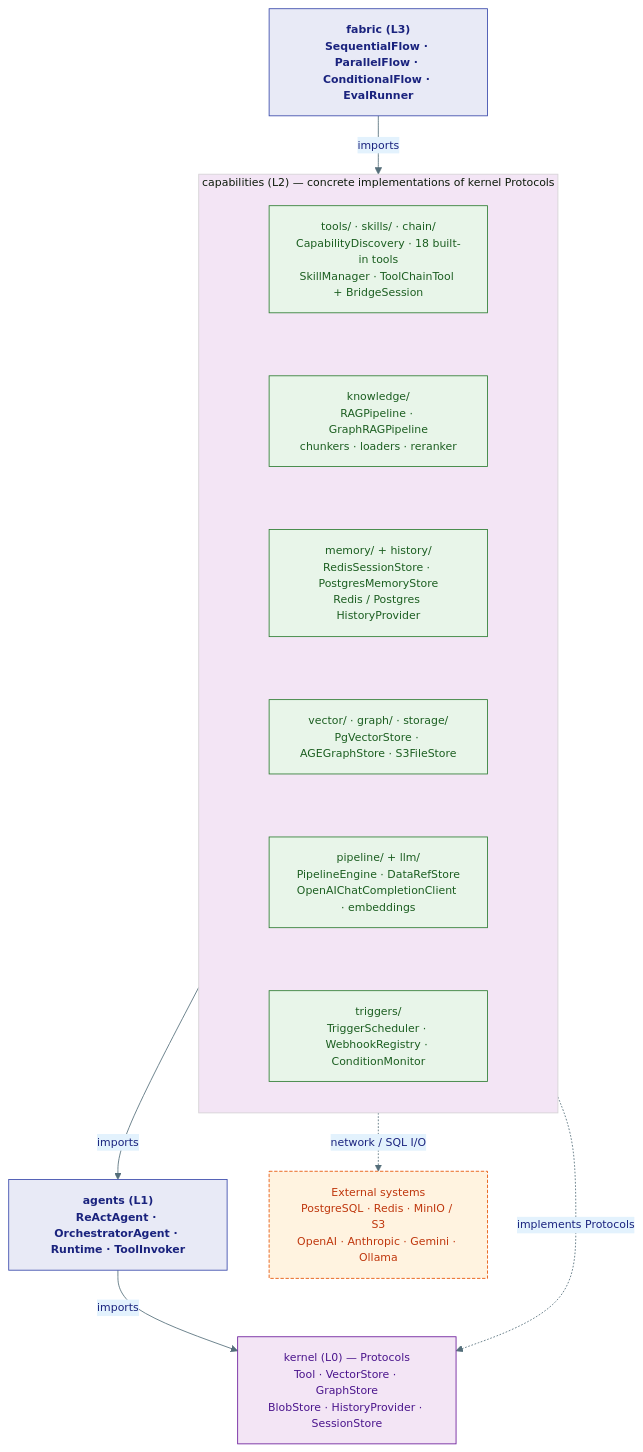
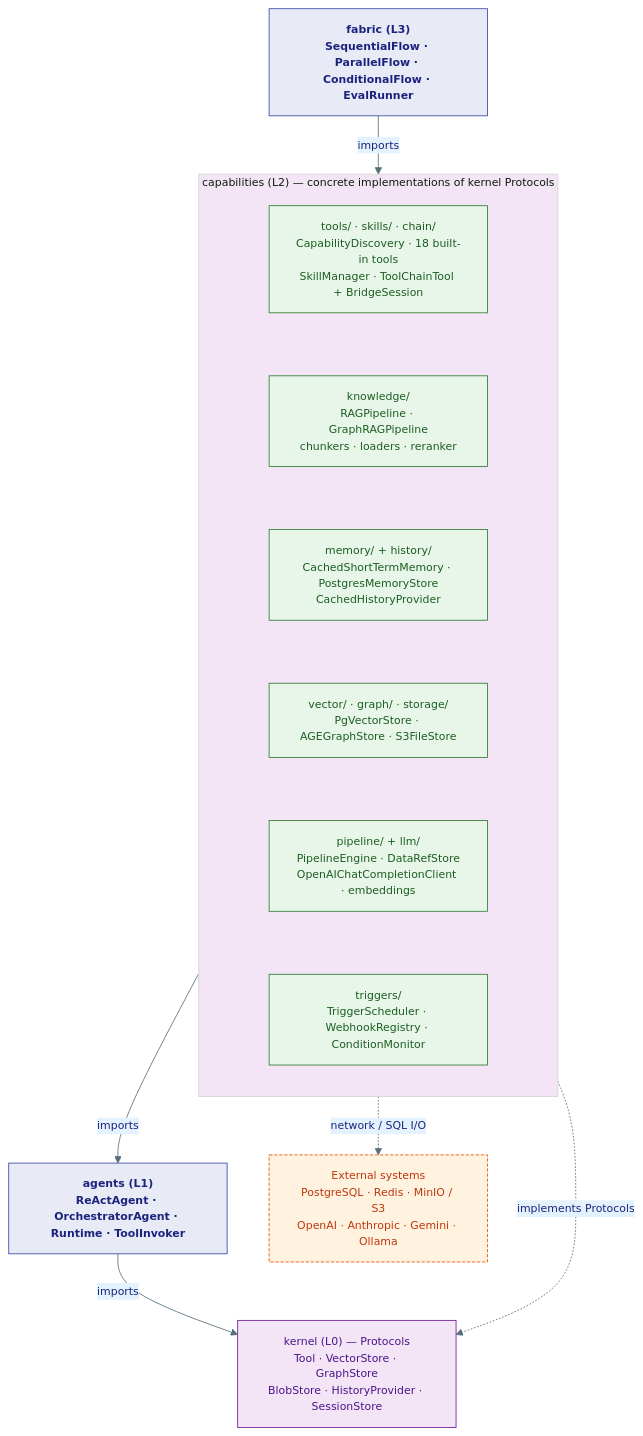
Before and after one commit to Ravikumarchavva/agent-substrate: the diagram in agents/agent-substrate/docs/capabilities/index.md, drawn with Mermaid. The commit also changed other lines of this file, not shown here.

Commit message:
fix: update memory and history sub-packages to include CachedShortTermMemory and CachedHistoryProvider

````diff
--- a/agents/agent-substrate/docs/capabilities/index.md
+++ b/agents/agent-substrate/docs/capabilities/index.md
@@ -23,31 +26,31 @@
 ```mermaid
 %%{init: {'theme': 'base', 'themeVariables': {'primaryColor': '#E8EAF6','primaryTextColor': '#1A237E','primaryBorderColor': '#3949AB','lineColor': '#546E7A','secondaryColor': '#E3F2FD','tertiaryColor': '#F3E5F5','fontSize': '13px'}}}%%
 flowchart TB
     classDef layer fill:#E8EAF6,stroke:#3949AB,color:#1A237E,font-weight:bold
     classDef cap   fill:#E8F5E9,stroke:#2E7D32,color:#1B5E20
     classDef ext   fill:#FFF3E0,stroke:#E65100,color:#BF360C,stroke-dasharray:4 2
     classDef proto fill:#F3E5F5,stroke:#6A1B9A,color:#4A148C
 
     L3["fabric (L3)<br/>SequentialFlow · ParallelFlow · ConditionalFlow · EvalRunner"]:::layer
 
     subgraph L2["capabilities (L2) — concrete implementations of kernel Protocols"]
         direction TB
         T["tools/ · skills/ · chain/<br/>CapabilityDiscovery · 18 built-in tools<br/>SkillManager · ToolChainTool + BridgeSession"]:::cap
         K["knowledge/<br/>RAGPipeline · GraphRAGPipeline<br/>chunkers · loaders · reranker"]:::cap
-        MH["memory/ + history/<br/>RedisSessionStore · PostgresMemoryStore<br/>Redis / Postgres HistoryProvider"]:::cap
+        MH["memory/ + history/<br/>CachedShortTermMemory · PostgresMemoryStore<br/>CachedHistoryProvider"]:::cap
         SS["vector/ · graph/ · storage/<br/>PgVectorStore · AGEGraphStore · S3FileStore"]:::cap
         PE["pipeline/ + llm/<br/>PipelineEngine · DataRefStore<br/>OpenAIChatCompletionClient · embeddings"]:::cap
         TR["triggers/<br/>TriggerScheduler · WebhookRegistry · ConditionMonitor"]:::cap
         T ~~~ K ~~~ MH ~~~ SS ~~~ PE ~~~ TR
     end
 
     L1["agents (L1)<br/>ReActAgent · OrchestratorAgent · Runtime · ToolInvoker"]:::layer
     L0["kernel (L0) — Protocols<br/>Tool · VectorStore · GraphStore<br/>BlobStore · HistoryProvider · SessionStore"]:::proto
     EXT["External systems<br/>PostgreSQL · Redis · MinIO / S3<br/>OpenAI · Anthropic · Gemini · Ollama"]:::ext
 
     L3 -->|"imports"| L2
     L2 -->|"imports"| L1
     L1 -->|"imports"| L0
     L2 -.->|"implements Protocols"| L0
     L2 -.->|"network / SQL I/O"| EXT
 ```
````
